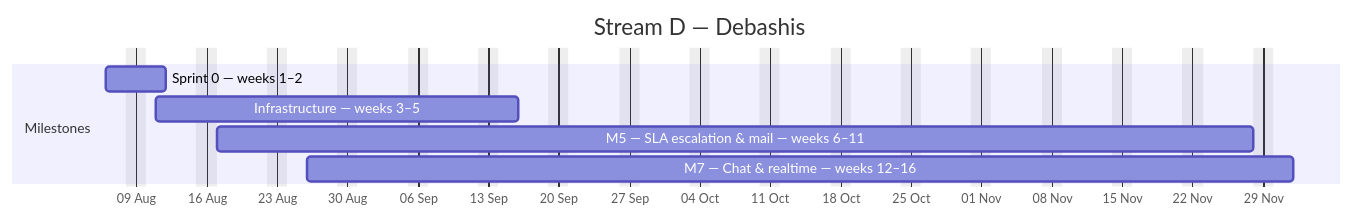
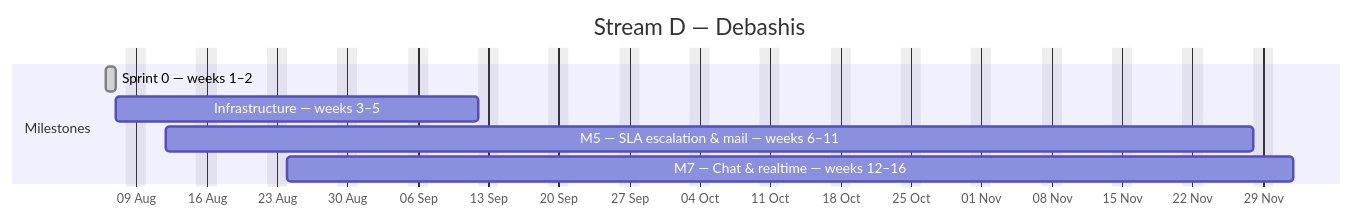
One commit to debashisedunext/EduTrack changed the fourth of 4 diagrams in docs/plan/GANTT.md. Above: the diagram before and after it, drawn with Mermaid. The commit also changed other lines of this file and 3 other files, not shown here.

````diff
--- a/docs/plan/GANTT.md
+++ b/docs/plan/GANTT.md
@@ -155,12 +154,12 @@
 ```mermaid
 gantt
     dateFormat YYYY-MM-DD
     axisFormat %d %b
     title Stream D — Debashis
     excludes weekends
     section Milestones
-    Sprint 0 — weeks 1–2 :d0, 2026-08-06, 4d
-    Infrastructure — weeks 3–5 :d1, 2026-08-11, 26d
-    M5 — SLA  escalation & mail — weeks 6–11 :d2, 2026-08-17, 75d
-    M7 — Chat & realtime — weeks 12–16 :d3, 2026-08-26, 70d
+    Sprint 0 — weeks 1–2 :done, d0, 2026-08-06, 1d
+    Infrastructure — weeks 3–5 :d1, 2026-08-07, 26d
+    M5 — SLA  escalation & mail — weeks 6–11 :d2, 2026-08-12, 78d
+    M7 — Chat & realtime — weeks 12–16 :d3, 2026-08-24, 72d
 ```
````
